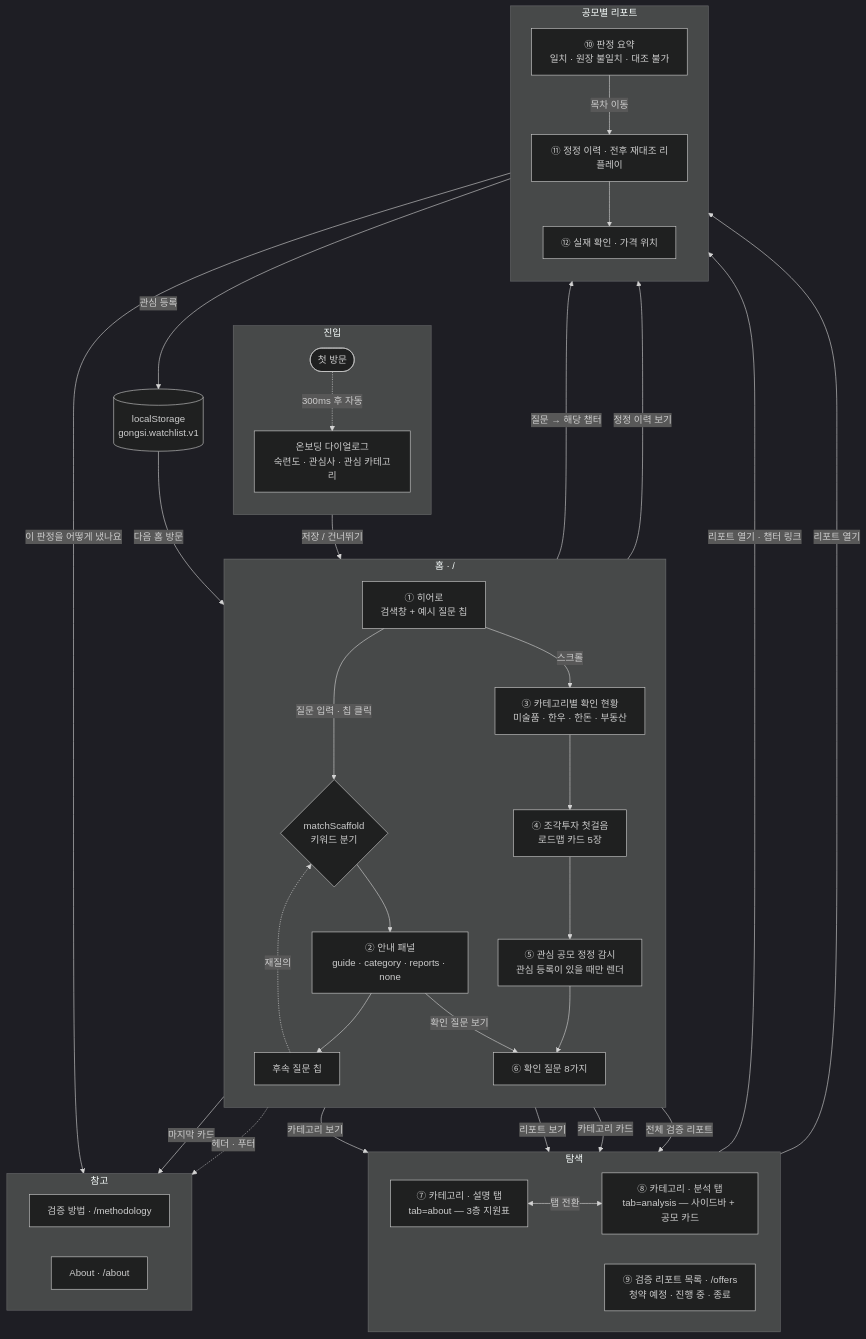
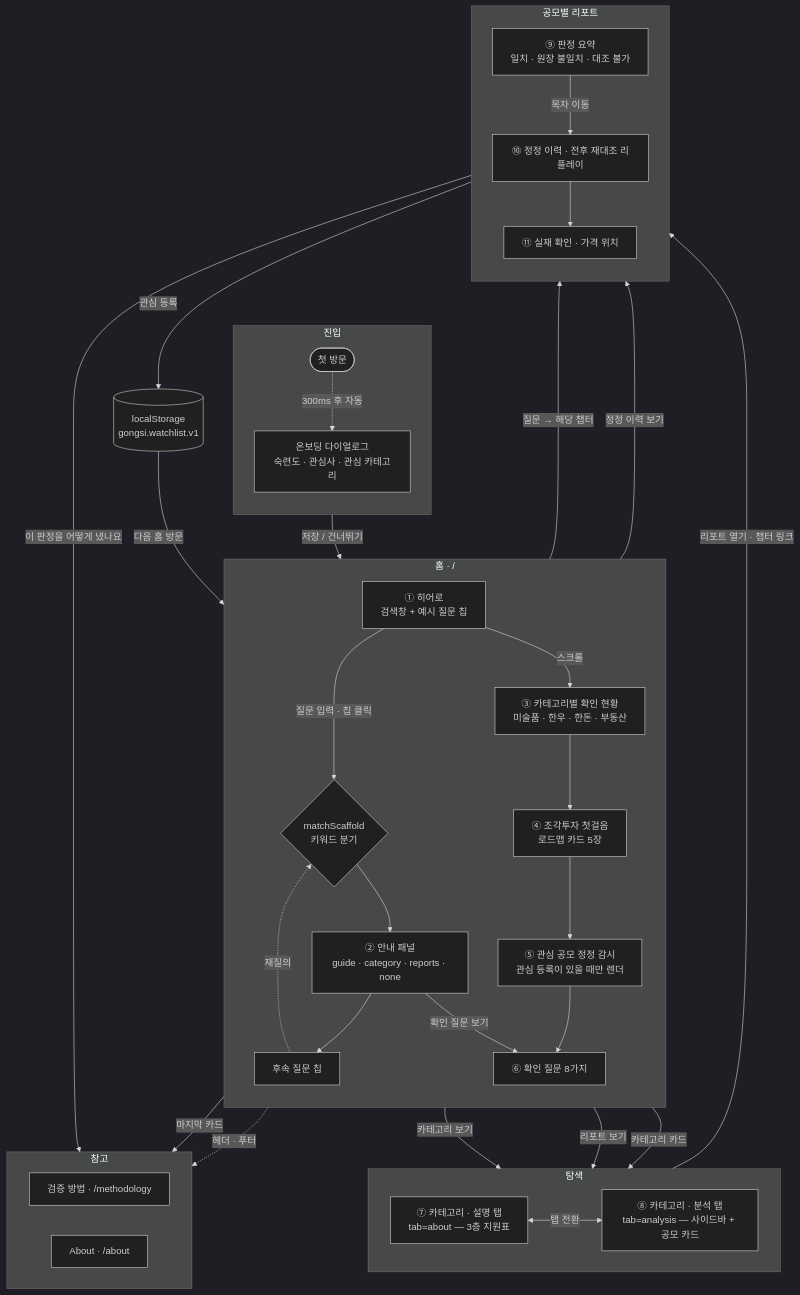
Before and after one commit to yeony-park/finance-ai-challenge-2026: the first of 3 diagrams in docs/userflow.md, drawn with Mermaid (dark theme). The commit also changed other lines of this file and 16 other files, not shown here.

````diff
--- a/docs/userflow.md
+++ b/docs/userflow.md
@@ -25,63 +25,60 @@
 ```mermaid
 flowchart TD
     subgraph ENTRY["진입"]
         direction TB
         V(["첫 방문"])
         OB["온보딩 다이얼로그<br/>숙련도 · 관심사 · 관심 카테고리"]
         V -. "300ms 후 자동" .-> OB
     end
 
     subgraph HOME["홈 · /"]
         direction TB
         H1["① 히어로<br/>검색창 + 예시 질문 칩"]
         M{"matchScaffold<br/>키워드 분기"}
         PA["② 안내 패널<br/>guide · category · reports · none"]
         FQ["후속 질문 칩"]
         S2["③ 카테고리별 확인 현황<br/>미술품 · 한우 · 한돈 · 부동산"]
         S3["④ 조각투자 첫걸음<br/>로드맵 카드 5장"]
         S4["⑤ 관심 공모 정정 감시<br/>관심 등록이 있을 때만 렌더"]
         S5["⑥ 확인 질문 8가지"]
         H1 -- "질문 입력 · 칩 클릭" --> M
         M --> PA --> FQ -. "재질의" .-> M
         H1 -- "스크롤" --> S2 --> S3 --> S4 --> S5
     end
 
     subgraph BROWSE["탐색"]
         direction LR
         C1["⑦ 카테고리 · 설명 탭<br/>tab=about — 3층 지원표"]
         C2["⑧ 카테고리 · 분석 탭<br/>tab=analysis — 사이드바 + 공모 카드"]
-        L1["⑨ 검증 리포트 목록 · /offers<br/>청약 예정 · 진행 중 · 종료"]
         C1 <-- "탭 전환" --> C2
     end
 
     subgraph REPORT["공모별 리포트"]
         direction TB
-        RP["⑩ 판정 요약<br/>일치 · 원장 불일치 · 대조 불가"]
-        RW["⑪ 정정 이력 · 전후 재대조 리플레이"]
-        RR["⑫ 실재 확인 · 가격 위치"]
+        RP["⑨ 판정 요약<br/>일치 · 원장 불일치 · 대조 불가"]
+        RW["⑩ 정정 이력 · 전후 재대조 리플레이"]
+        RR["⑪ 실재 확인 · 가격 위치"]
         RP -- "목차 이동" --> RW --> RR
     end
 
     subgraph REF["참고"]
         direction LR
         ME["검증 방법 · /methodology"]
         AB["About · /about"]
     end
 
     OB -- "저장 / 건너뛰기" --> H1
     PA -- "카테고리 보기" --> C1
-    PA -- "리포트 보기" --> L1
+    PA -- "리포트 보기" --> C2
     PA -- "확인 질문 보기" --> S5
     S2 -- "카테고리 카드" --> C1
-    S2 -- "전체 검증 리포트" --> L1
     C2 -- "리포트 열기 · 챕터 링크" --> RP
-    L1 -- "리포트 열기" --> RP
     S5 -- "질문 → 해당 챕터" --> RP
     S4 -- "정정 이력 보기" --> RW
     S3 -- "마지막 카드" --> ME
     RP -- "이 판정을 어떻게 냈나요" --> ME
     H1 -. "헤더 · 푸터" .-> AB
 
     RP -- "관심 등록" --> WL[("localStorage<br/>gongsi.watchlist.v1")]
     WL -- "다음 홈 방문" --> S4
 ```
````
